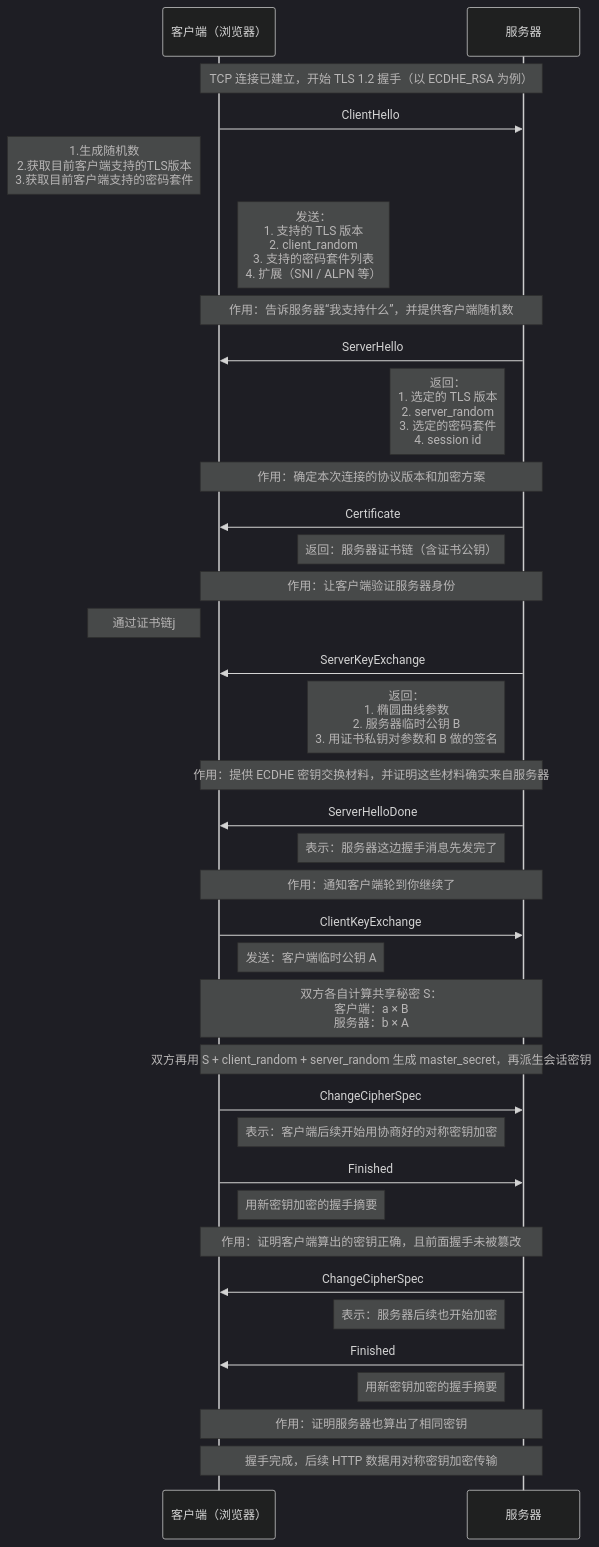
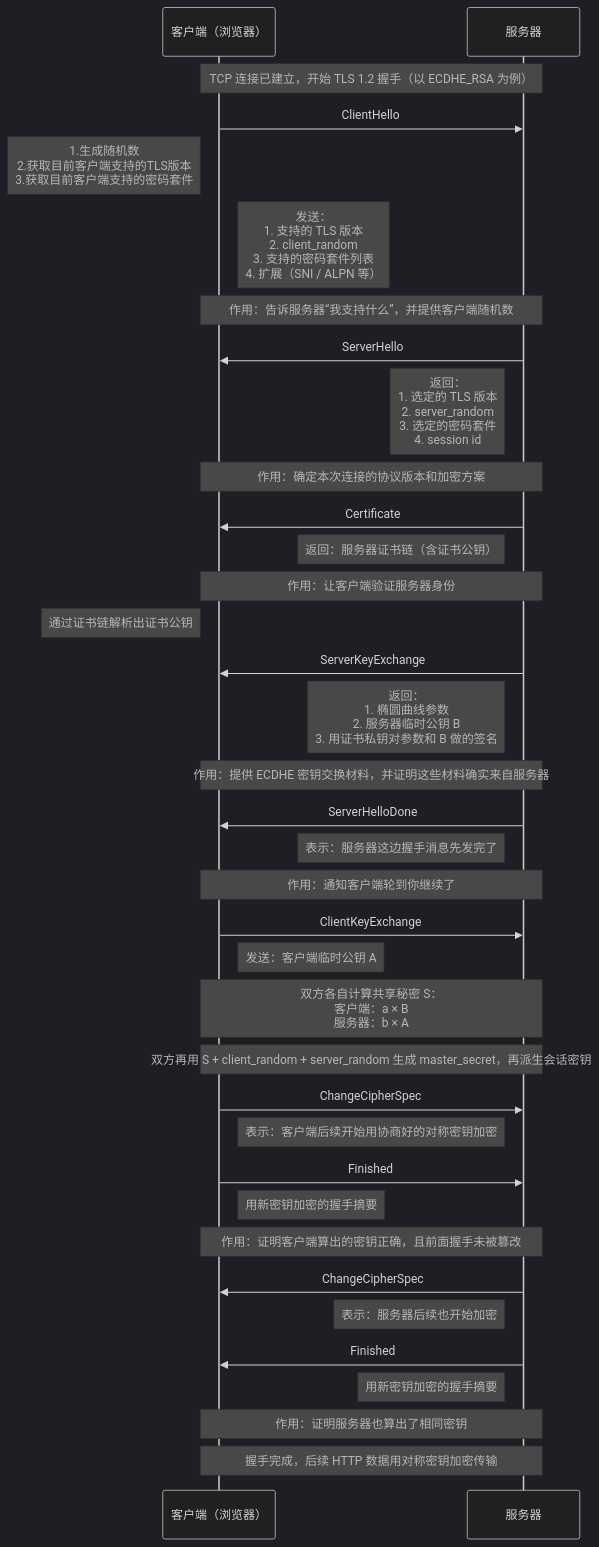
Before and after one commit to HY-10-8/iodraw-files: the diagram in all/TLS-1.2-ECDHA.md, drawn with Mermaid (dark theme).

Commit message:
2026-03-30 16:50:42 update

````diff
--- a/all/TLS-1.2-ECDHA.md
+++ b/all/TLS-1.2-ECDHA.md
@@ -1,51 +1,51 @@
 ```mermaid
 sequenceDiagram
     participant C as 客户端（浏览器）
     participant S as 服务器
 
     Note over C,S: TCP 连接已建立，开始 TLS 1.2 握手（以 ECDHE_RSA 为例）
 
     C->>S: ClientHello
     Note left of C: 1.生成随机数<br/> 2.获取目前客户端支持的TLS版本<br/> 3.获取目前客户端支持的密码套件
     Note right of C: 发送：<br/>1. 支持的 TLS 版本<br/>2. client_random<br/>3. 支持的密码套件列表<br/>4. 扩展（SNI / ALPN 等）
     Note over C,S: 作用：告诉服务器“我支持什么”，并提供客户端随机数
 
     S->>C: ServerHello
     Note left of S: 返回：<br/>1. 选定的 TLS 版本<br/>2. server_random<br/>3. 选定的密码套件<br/>4. session id
     Note over C,S: 作用：确定本次连接的协议版本和加密方案
 
     S->>C: Certificate
     Note left of S: 返回：服务器证书链（含证书公钥）
     Note over C,S: 作用：让客户端验证服务器身份
-    Note left of C: 通过证书链j
+    Note left of C: 通过证书链解析出证书公钥
 
     S->>C: ServerKeyExchange
     Note left of S: 返回：<br/>1. 椭圆曲线参数<br/>2. 服务器临时公钥 B<br/>3. 用证书私钥对参数和 B 做的签名
     Note over C,S: 作用：提供 ECDHE 密钥交换材料，并证明这些材料确实来自服务器
 
     S->>C: ServerHelloDone
     Note left of S: 表示：服务器这边握手消息先发完了
     Note over C,S: 作用：通知客户端轮到你继续了
 
     C->>S: ClientKeyExchange
     Note right of C: 发送：客户端临时公钥 A
     Note over C,S: 双方各自计算共享秘密 S：<br/>客户端：a × B<br/>服务器：b × A
 
     Note over C,S: 双方再用 S + client_random + server_random 生成 master_secret，再派生会话密钥
 
     C->>S: ChangeCipherSpec
     Note right of C: 表示：客户端后续开始用协商好的对称密钥加密
 
     C->>S: Finished
     Note right of C: 用新密钥加密的握手摘要
     Note over C,S: 作用：证明客户端算出的密钥正确，且前面握手未被篡改
 
     S->>C: ChangeCipherSpec
     Note left of S: 表示：服务器后续也开始加密
 
     S->>C: Finished
     Note left of S: 用新密钥加密的握手摘要
     Note over C,S: 作用：证明服务器也算出了相同密钥
 
     Note over C,S: 握手完成，后续 HTTP 数据用对称密钥加密传输
 ```
````
